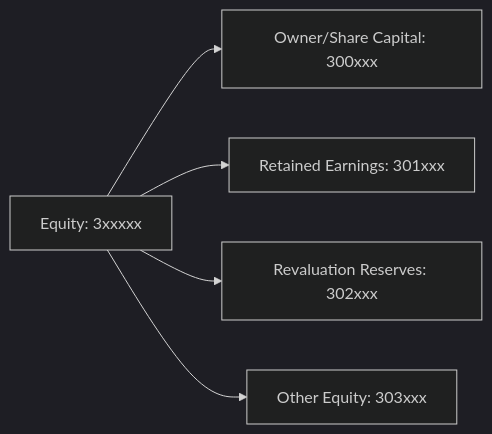
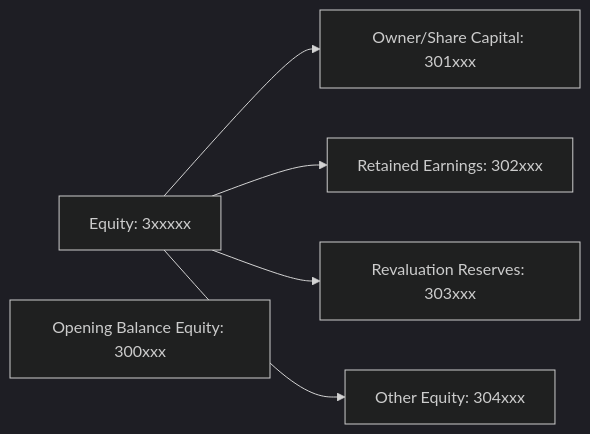
One commit to oosahon/ledgernova-core changed the diagram in src/domain/accounting/__doc__/assets/coa-equities.mermaid. Above: the diagram before and after it, drawn with Mermaid (dark theme). The commit also changed 6 other files, not shown here.

```diff
--- a/src/domain/accounting/__doc__/assets/coa-equities.mermaid
+++ b/src/domain/accounting/__doc__/assets/coa-equities.mermaid
@@ -1,8 +1,9 @@
 flowchart LR
     Equity["Equity: 3xxxxx"]
-    Capital["Owner/Share Capital: 300xxx"]
-    Earnings["Retained Earnings: 301xxx"]
-    Reserves["Revaluation Reserves: 302xxx"]
-    OtherEquity["Other Equity: 303xxx"]
+    OBE["Opening Balance Equity: 300xxx"]
+    Capital["Owner/Share Capital: 301xxx"]
+    Earnings["Retained Earnings: 302xxx"]
+    Reserves["Revaluation Reserves: 303xxx"]
+    OtherEquity["Other Equity: 304xxx"]
 
     Equity --> Capital & Earnings & Reserves & OtherEquity
```
